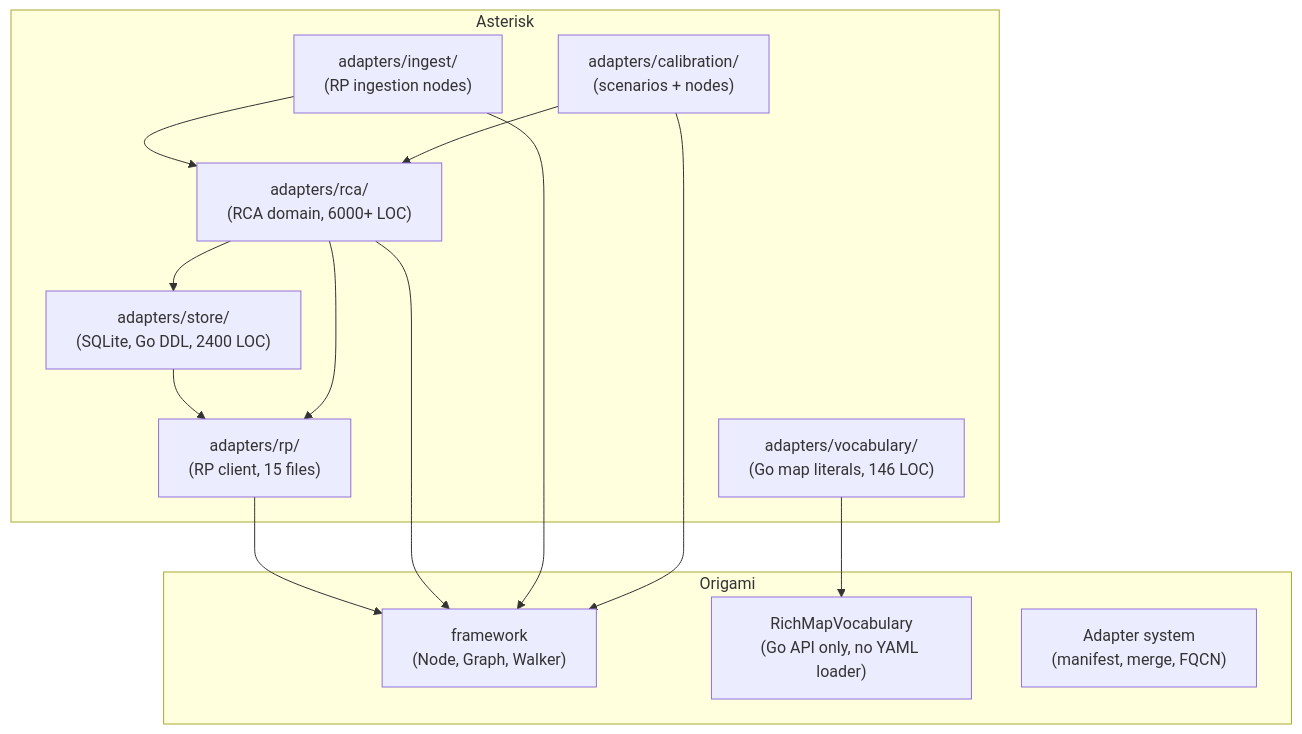
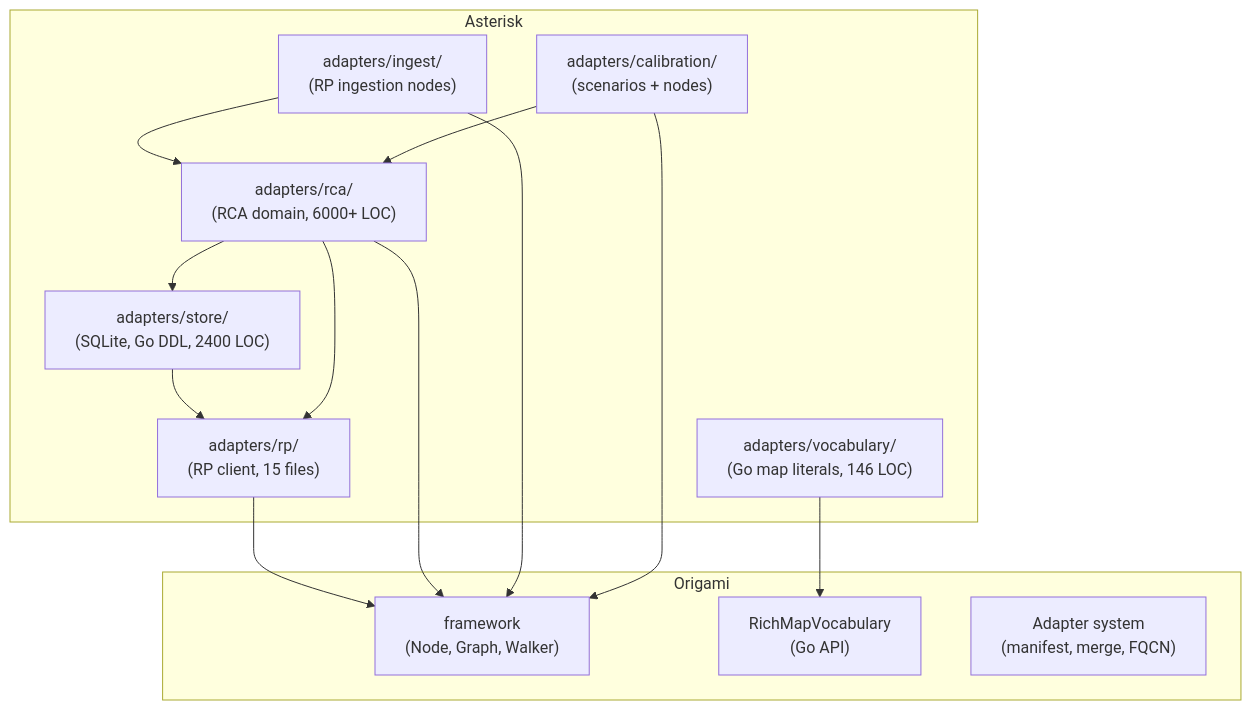
Before and after one commit to dpopsuev/asterisk: the first of 2 diagrams in .cursor/contracts/draft/adapter-migration.md, drawn with Mermaid. The commit also changed other lines of this file and 3 other files, not shown here.

````diff
--- a/.cursor/contracts/draft/adapter-migration.md
+++ b/.cursor/contracts/draft/adapter-migration.md
@@ -33,26 +31,26 @@
 ```mermaid
 flowchart TB
   subgraph asterisk [Asterisk]
     rp["adapters/rp/\n(RP client, 15 files)"]
     store["adapters/store/\n(SQLite, Go DDL, 2400 LOC)"]
     vocab["adapters/vocabulary/\n(Go map literals, 146 LOC)"]
     rca["adapters/rca/\n(RCA domain, 6000+ LOC)"]
     ingest["adapters/ingest/\n(RP ingestion nodes)"]
     cal["adapters/calibration/\n(scenarios + nodes)"]
   end
   subgraph origami [Origami]
     fw["framework\n(Node, Graph, Walker)"]
-    richVocab["RichMapVocabulary\n(Go API only, no YAML loader)"]
+    richVocab["RichMapVocabulary\n(Go API)"]
     adapterSys["Adapter system\n(manifest, merge, FQCN)"]
   end
   rp --> fw
   store --> rp
   rca --> rp
   rca --> store
   rca --> fw
   ingest --> rca
   ingest --> fw
   vocab --> richVocab
   cal --> rca
   cal --> fw
 ```
````
